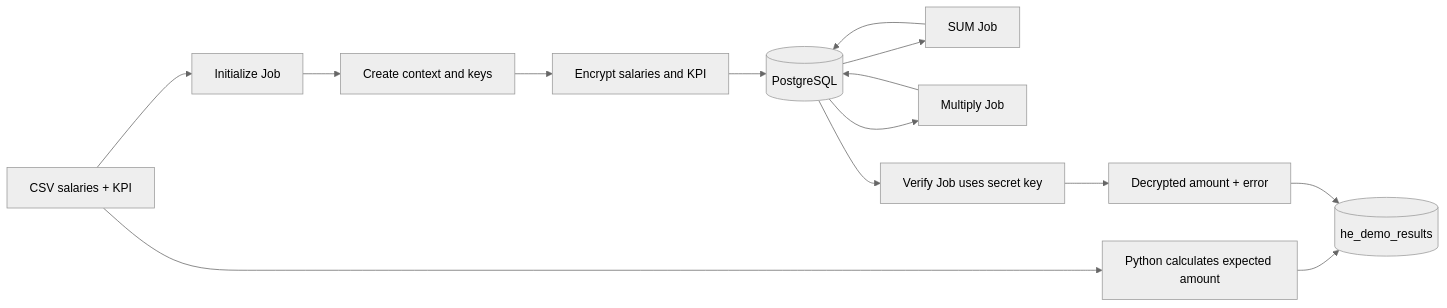
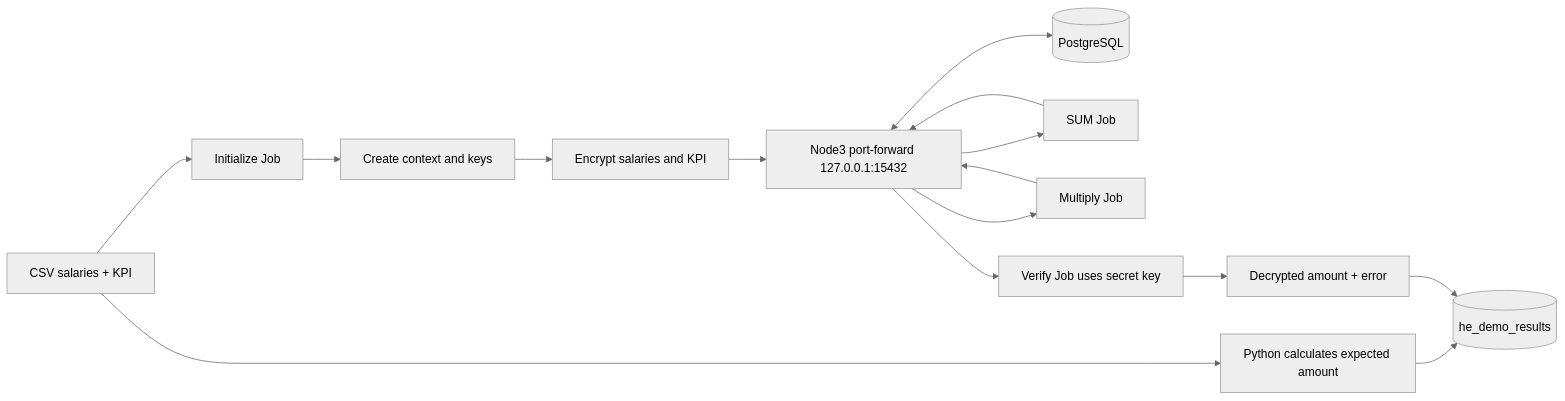
Before and after one commit to Nhatcao1/k3s-demo-gitops: the diagram in demo/cpu-postgres/FLOW.mmd, drawn with Mermaid (neutral theme). The commit also changed 10 other files, not shown here.

Commit message:
Route HE jobs through node-local PostgreSQL forward

```diff
--- a/demo/cpu-postgres/FLOW.mmd
+++ b/demo/cpu-postgres/FLOW.mmd
@@ -1,14 +1,15 @@
 flowchart LR
     A[CSV salaries + KPI] --> B[Initialize Job]
     A --> R[Python calculates expected amount]
     B --> C[Create context and keys]
     C --> D[Encrypt salaries and KPI]
-    D --> E[(PostgreSQL)]
+    D --> P[Node3 port-forward 127.0.0.1:15432]
+    P <--> E[(PostgreSQL)]
     R --> T[(he_demo_results)]
-    E --> F[SUM Job]
-    F --> E
-    E --> G[Multiply Job]
-    G --> E
-    E --> H[Verify Job uses secret key]
+    P --> F[SUM Job]
+    F --> P
+    P --> G[Multiply Job]
+    G --> P
+    P --> H[Verify Job uses secret key]
     H --> I[Decrypted amount + error]
     I --> T
```
